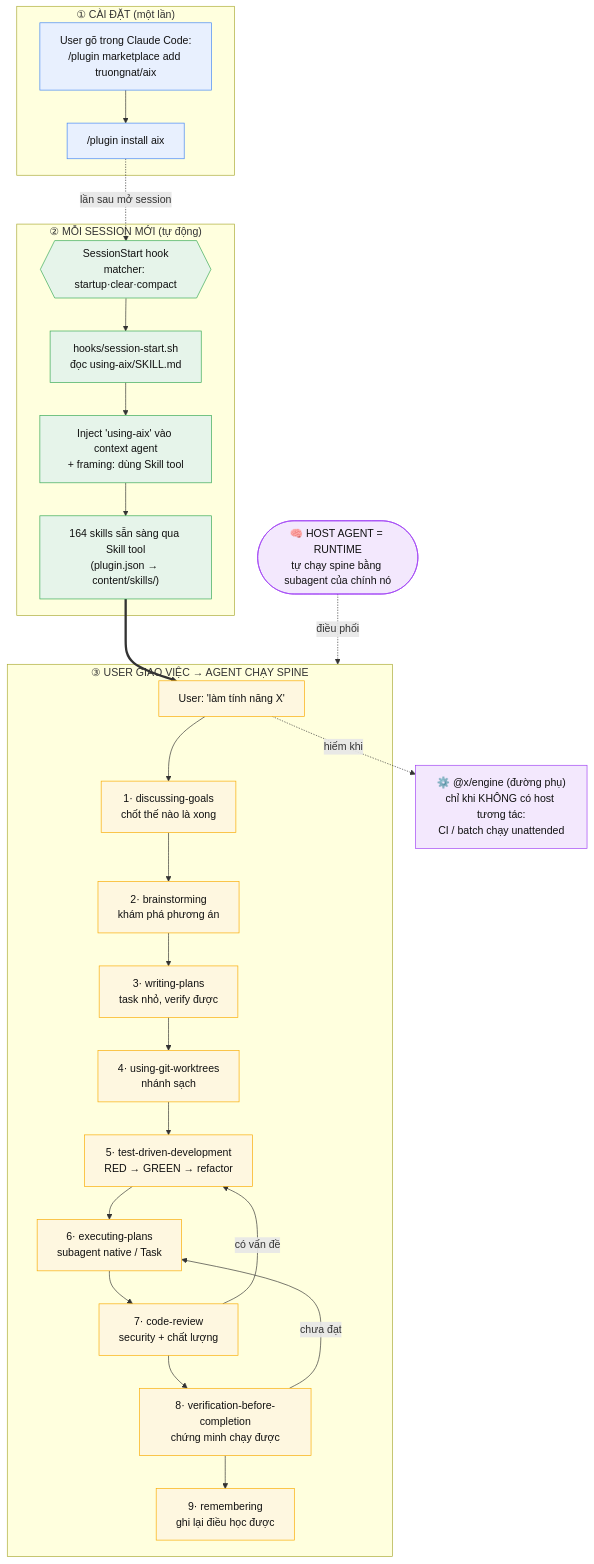
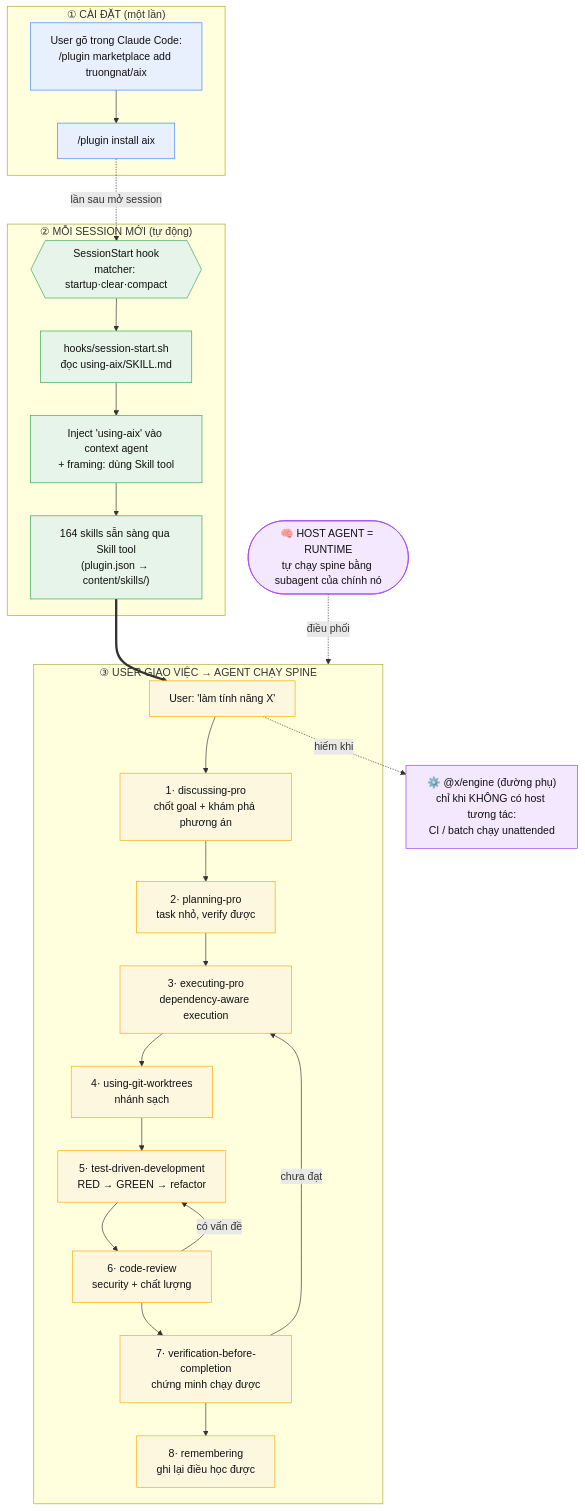
Before and after one commit to truongnat/aix: the diagram in docs/user-journey.md, drawn with Mermaid. The commit also changed other lines of this file and 69 other files, not shown here.

````diff
--- a/docs/user-journey.md
+++ b/docs/user-journey.md
@@ -16,51 +16,50 @@
 ```mermaid
 flowchart TD
     subgraph SETUP["①  CÀI ĐẶT (một lần)"]
         A1["User gõ trong Claude Code:<br/>/plugin marketplace add truongnat/aix"]
         A2["/plugin install aix"]
         A1 --> A2
     end
 
     subgraph START["②  MỖI SESSION MỚI (tự động)"]
         B1{{"SessionStart hook<br/>matcher: startup·clear·compact"}}
         B2["hooks/session-start.sh<br/>đọc using-aix/SKILL.md"]
         B3["Inject 'using-aix' vào context agent<br/>+ framing: dùng Skill tool"]
         B4["164 skills sẵn sàng qua Skill tool<br/>(plugin.json → content/skills/)"]
         B1 --> B2 --> B3 --> B4
     end
 
     subgraph WORK["③  USER GIAO VIỆC → AGENT CHẠY SPINE"]
         C0["User: 'làm tính năng X'"]
-        C1["1· discussing-goals<br/>chốt thế nào là xong"]
-        C2["2· brainstorming<br/>khám phá phương án"]
-        C3["3· writing-plans<br/>task nhỏ, verify được"]
+        C1["1· discussing-pro<br/>chốt goal + khám phá phương án"]
+        C2["2· planning-pro<br/>task nhỏ, verify được"]
         C4["4· using-git-worktrees<br/>nhánh sạch"]
         C5["5· test-driven-development<br/>RED → GREEN → refactor"]
-        C6["6· executing-plans<br/>subagent native / Task"]
-        C7["7· code-review<br/>security + chất lượng"]
-        C8["8· verification-before-completion<br/>chứng minh chạy được"]
-        C9["9· remembering<br/>ghi lại điều học được"]
-        C0 --> C1 --> C2 --> C3 --> C4 --> C5 --> C6 --> C7 --> C8 --> C9
+        C3["3· executing-pro<br/>dependency-aware execution"]
+        C6["6· code-review<br/>security + chất lượng"]
+        C7["7· verification-before-completion<br/>chứng minh chạy được"]
+        C8["8· remembering<br/>ghi lại điều học được"]
+        C0 --> C1 --> C2 --> C3 --> C4 --> C5 --> C6 --> C7 --> C8
     end
 
     A2 -.->|"lần sau mở session"| B1
     B4 ==> C0
 
-    C7 -->|"có vấn đề"| C5
-    C8 -->|"chưa đạt"| C6
+    C6 -->|"có vấn đề"| C5
+    C7 -->|"chưa đạt"| C3
 
     HOST(["🧠 HOST AGENT = RUNTIME<br/>tự chạy spine bằng subagent của chính nó"])
     HOST -.->|"điều phối"| WORK
 
     AUX["⚙️ @x/engine (đường phụ)<br/>chỉ khi KHÔNG có host tương tác:<br/>CI / batch chạy unattended"]
     C0 -.->|"hiếm khi"| AUX
 
     classDef setup fill:#e8f0fe,stroke:#4285f4,color:#111
     classDef start fill:#e6f4ea,stroke:#34a853,color:#111
     classDef spine fill:#fef7e0,stroke:#f9ab00,color:#111
     classDef aux fill:#f3e8fd,stroke:#a142f4,color:#111
     class A1,A2 setup
     class B1,B2,B3,B4 start
     class C0,C1,C2,C3,C4,C5,C6,C7,C8,C9 spine
     class AUX,HOST aux
 ```
````
